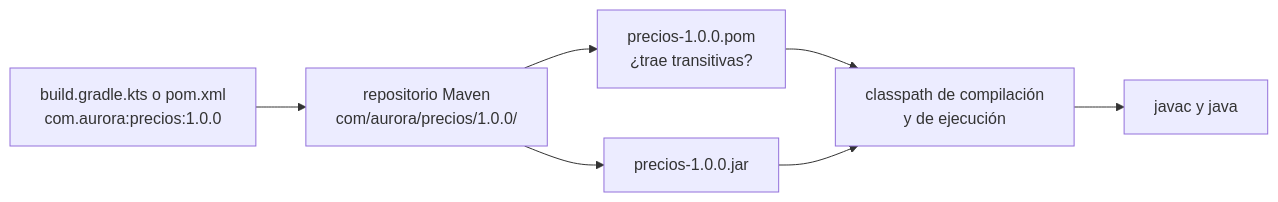
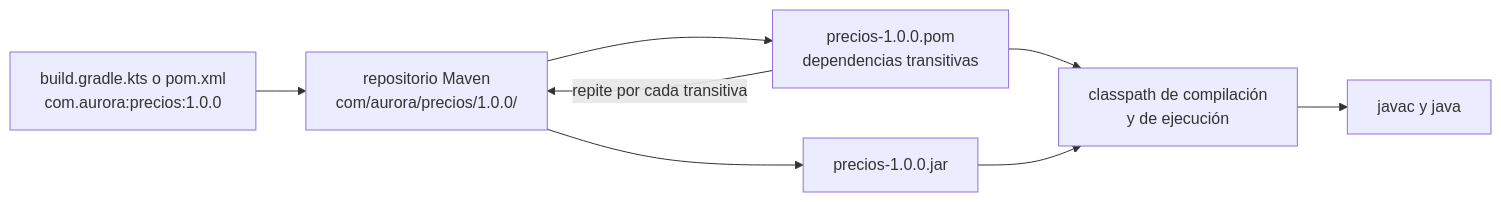
One commit to NICORUIZ93/The_Imperial_Book changed the first of 4 diagrams in web/public/content/java/modulo-8.md. Above: the diagram before and after it, drawn with Mermaid. The commit also changed other lines of this file and 65 other files, not shown here.

````diff
--- a/web/public/content/java/modulo-8.md
+++ b/web/public/content/java/modulo-8.md
@@ -139,9 +162,10 @@
 ```mermaid
 flowchart LR
   D["build.gradle.kts o pom.xml<br/>com.aurora:precios:1.0.0"] --> R["repositorio Maven<br/>com/aurora/precios/1.0.0/"]
-  R --> P["precios-1.0.0.pom<br/>¿trae transitivas?"]
+  R --> P["precios-1.0.0.pom<br/>dependencias transitivas"]
   R --> J["precios-1.0.0.jar"]
+  P -->|"repite por cada transitiva"| R
   P --> CP["classpath de compilación<br/>y de ejecución"]
   J --> CP
   CP --> C["javac y java"]
 ```
````
